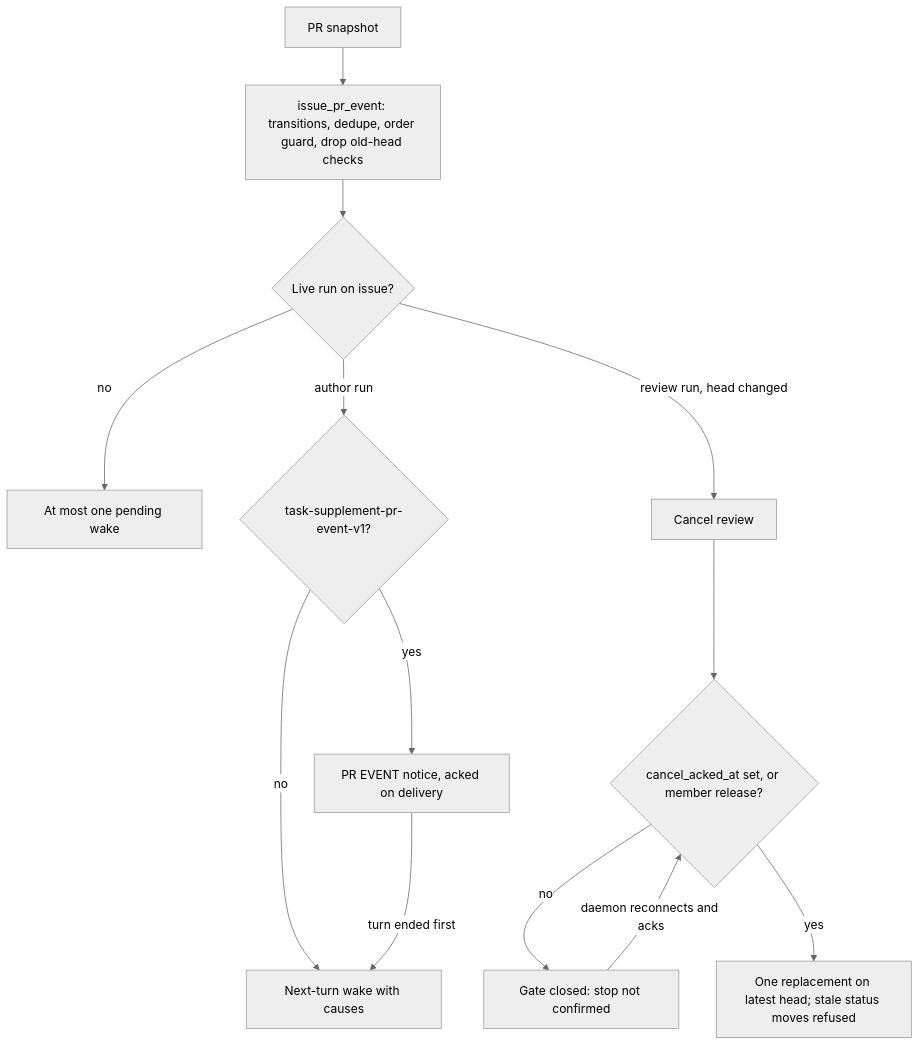
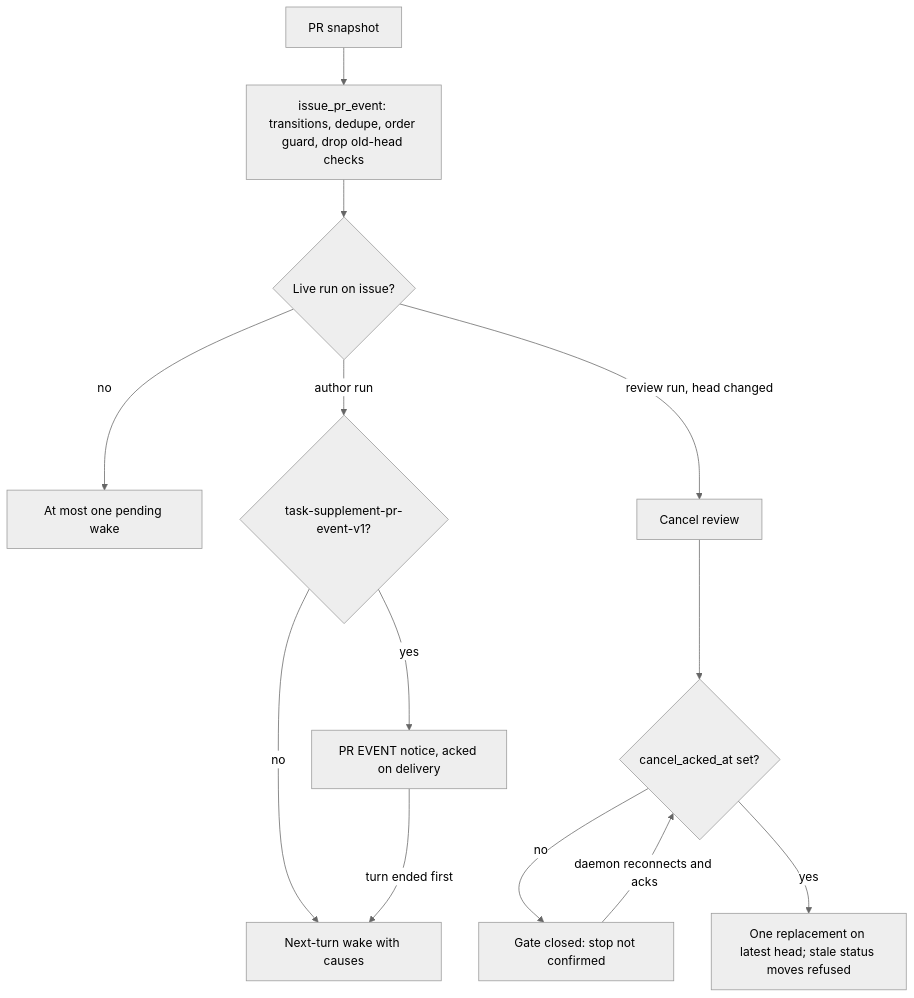
The diagram in docs/plans/CHE-2298-pr-events-live-run.md (cheese-work/multica), drawn with Mermaid (neutral theme) before and after one commit. The commit also changed other lines of this file, not shown here.

Commit message:
docs(plans): CHE-2298 plan revision 4 removes manual stop-gate release

````diff
--- a/docs/plans/CHE-2298-pr-events-live-run.md
+++ b/docs/plans/CHE-2298-pr-events-live-run.md
@@ -67,15 +67,15 @@
 ```mermaid
 flowchart TD
   E[PR snapshot] --> P[issue_pr_event: transitions, dedupe, order guard, drop old-head checks]
   P --> L{Live run on issue?}
   L -- no --> W[At most one pending wake]
   L -- author run --> C{task-supplement-pr-event-v1?}
   C -- yes --> S[PR EVENT notice, acked on delivery]
   C -- no --> N[Next-turn wake with causes]
   S -- turn ended first --> N
   L -- review run, head changed --> X[Cancel review]
-  X --> G{cancel_acked_at set, or member release?}
+  X --> G{cancel_acked_at set?}
   G -- no --> H[Gate closed: stop not confirmed]
   H -- daemon reconnects and acks --> G
   G -- yes --> R[One replacement on latest head; stale status moves refused]
 ```
````
